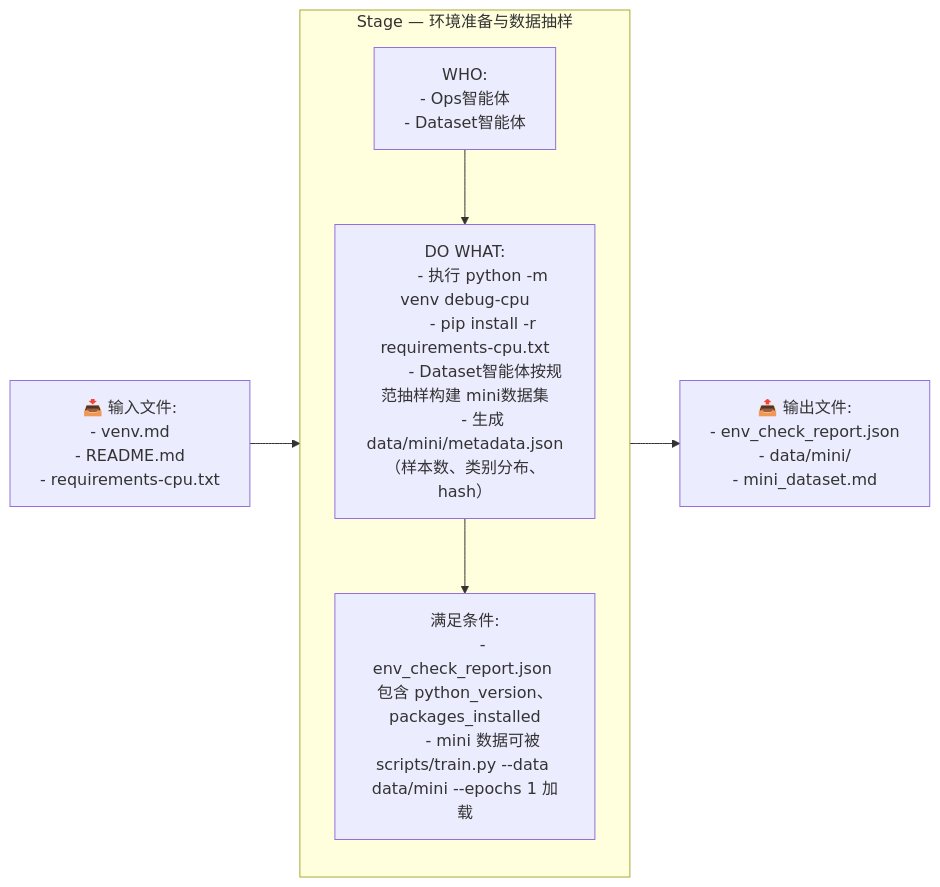
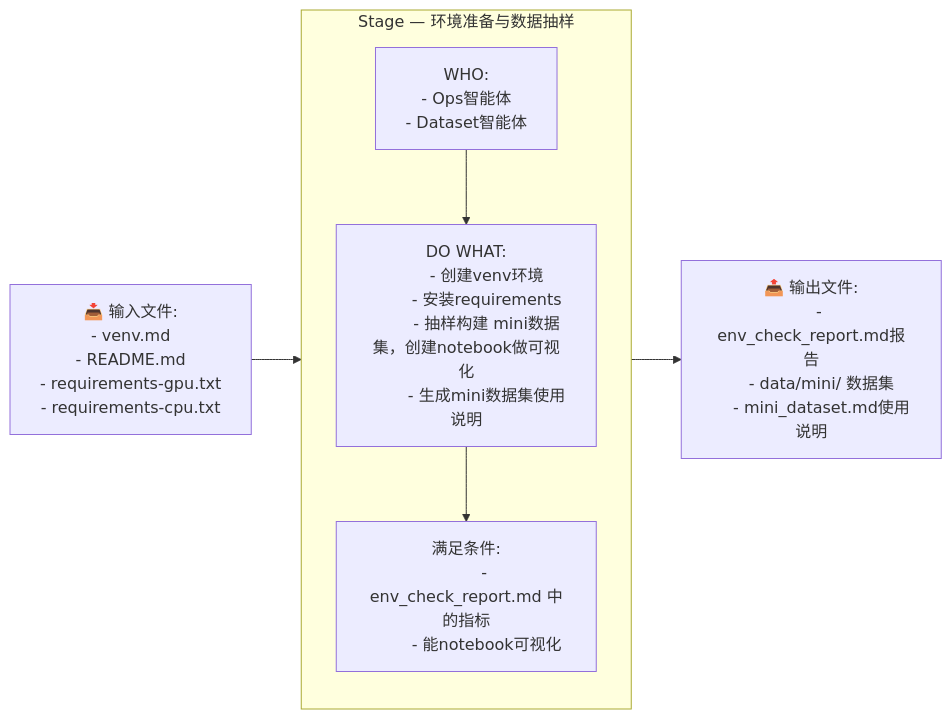
The ninth of 17 diagrams in README.md (ouyangshixiong/context-engineering-zh), drawn with Mermaid before and after one commit. The commit also changed other lines of this file, not shown here.

````diff
--- a/README.md
+++ b/README.md
@@ -362,36 +411,37 @@
 ```mermaid
 flowchart LR
     %% ================= Stage X =================
     I["📥 输入文件:
     - venv.md
     - README.md
+    - requirements-gpu.txt
     - requirements-cpu.txt"]
 
     O["📤 输出文件:
-    - env_check_report.json
-    - data/mini/
-    - mini_dataset.md"]
+    - env_check_report.md报告
+    - data/mini/ 数据集
+    - mini_dataset.md使用说明"]
 
     subgraph S["Stage — 环境准备与数据抽样"]
         direction TB
         W["WHO:
         - Ops智能体
         - Dataset智能体"]
 
         A["DO WHAT:
-        - 执行 python -m venv debug-cpu
-        - pip install -r requirements-cpu.txt
-        - Dataset智能体按规范抽样构建 mini数据集
-        - 生成 data/mini/metadata.json（样本数、类别分布、hash）"]
+        - 创建venv环境
+        - 安装requirements
+        - 抽样构建 mini数据集，创建notebook做可视化
+        - 生成mini数据集使用说明"]
 
         V["满足条件:
-        - env_check_report.json 包含 python_version、packages_installed
-        - mini 数据可被 scripts/train.py --data data/mini --epochs 1 加载"]
+        - env_check_report.md 中的指标
+        - 能notebook可视化"]
 
         W --> A --> V
     end
 
     I --> S --> O
 
 
 ```
````
